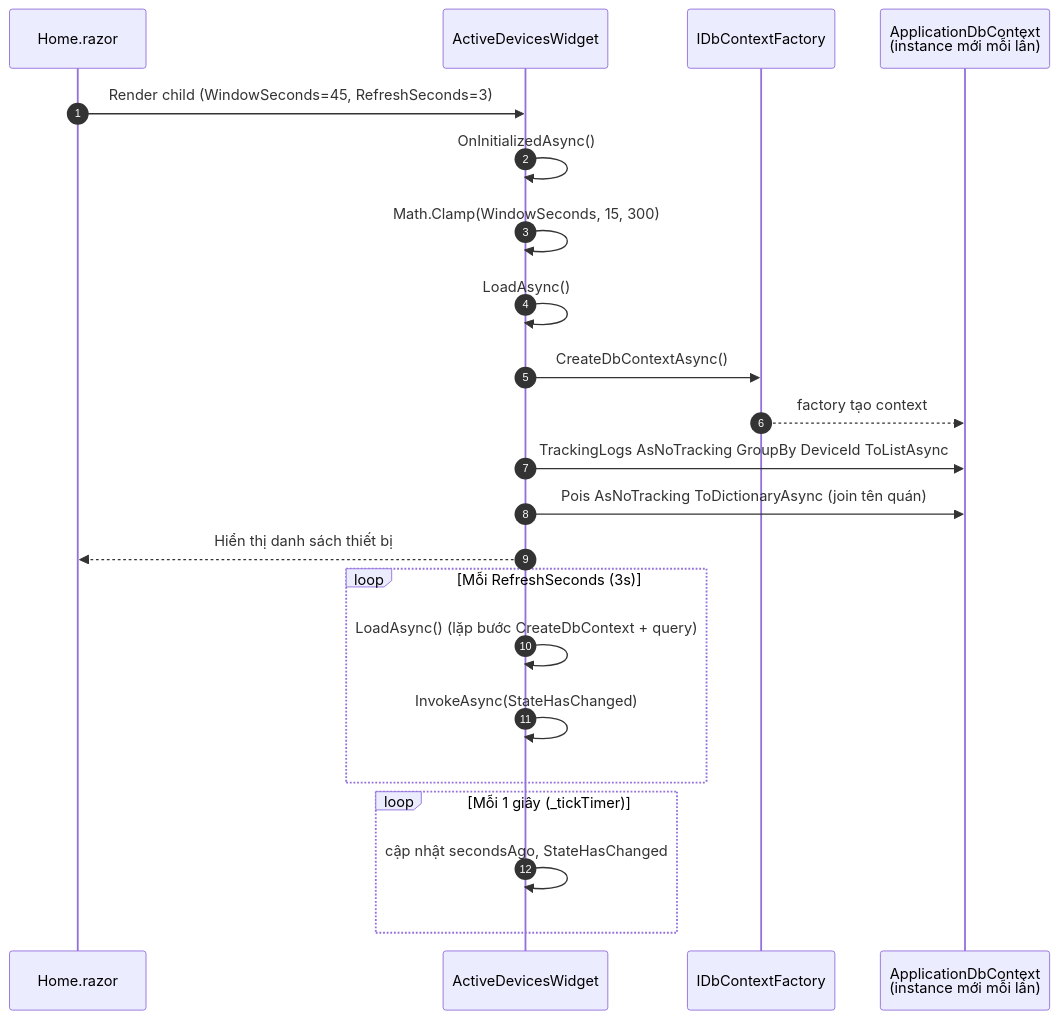
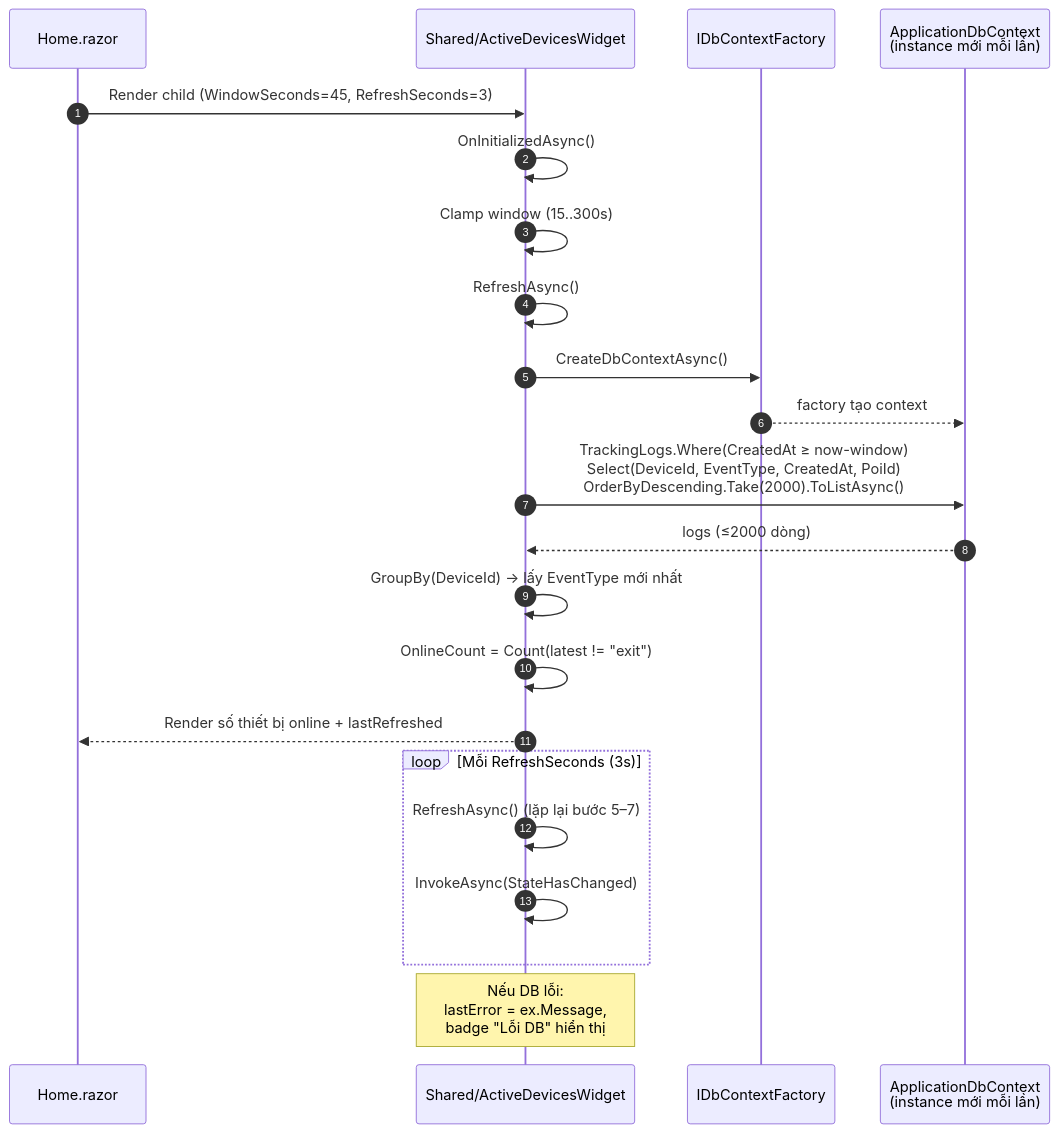
One commit to hoangvvu/VinhKhanhFoodTour changed the ninth of 22 diagrams in PRD.md. Above: the diagram before and after it, drawn with Mermaid. The commit also changed other lines of this file and 61 other files, not shown here.

````diff
--- a/PRD.md
+++ b/PRD.md
@@ -718,27 +722,27 @@
 ```mermaid
 sequenceDiagram
     autonumber
     participant H as Home.razor
-    participant W as ActiveDevicesWidget
+    participant W as Shared/ActiveDevicesWidget
     participant F as IDbContextFactory
     participant Db as ApplicationDbContext<br/>(instance mới mỗi lần)
 
     H->>W: Render child (WindowSeconds=45, RefreshSeconds=3)
     W->>W: OnInitializedAsync()
-    W->>W: Math.Clamp(WindowSeconds, 15, 300)
-    W->>W: LoadAsync()
+    W->>W: Clamp window (15..300s)
+    W->>W: RefreshAsync()
     W->>F: CreateDbContextAsync()
     F-->>Db: factory tạo context
-    W->>Db: TrackingLogs AsNoTracking GroupBy DeviceId ToListAsync
-    W->>Db: Pois AsNoTracking ToDictionaryAsync (join tên quán)
-    W-->>H: Hiển thị danh sách thiết bị
+    W->>Db: TrackingLogs.Where(CreatedAt ≥ now-window)<br/>Select(DeviceId, EventType, CreatedAt, PoiId)<br/>OrderByDescending.Take(2000).ToListAsync()
+    Db-->>W: logs (≤2000 dòng)
+    W->>W: GroupBy(DeviceId) → lấy EventType mới nhất
+    W->>W: OnlineCount = Count(latest != "exit")
+    W-->>H: Render số thiết bị online + lastRefreshed
 
     loop Mỗi RefreshSeconds (3s)
-        W->>W: LoadAsync() (lặp bước CreateDbContext + query)
+        W->>W: RefreshAsync() (lặp lại bước 5–7)
         W->>W: InvokeAsync(StateHasChanged)
     end
 
-    loop Mỗi 1 giây (_tickTimer)
-        W->>W: cập nhật secondsAgo, StateHasChanged
-    end
+    Note over W: Nếu DB lỗi:<br/>lastError = ex.Message,<br/>badge "Lỗi DB" hiển thị
 ```
````
